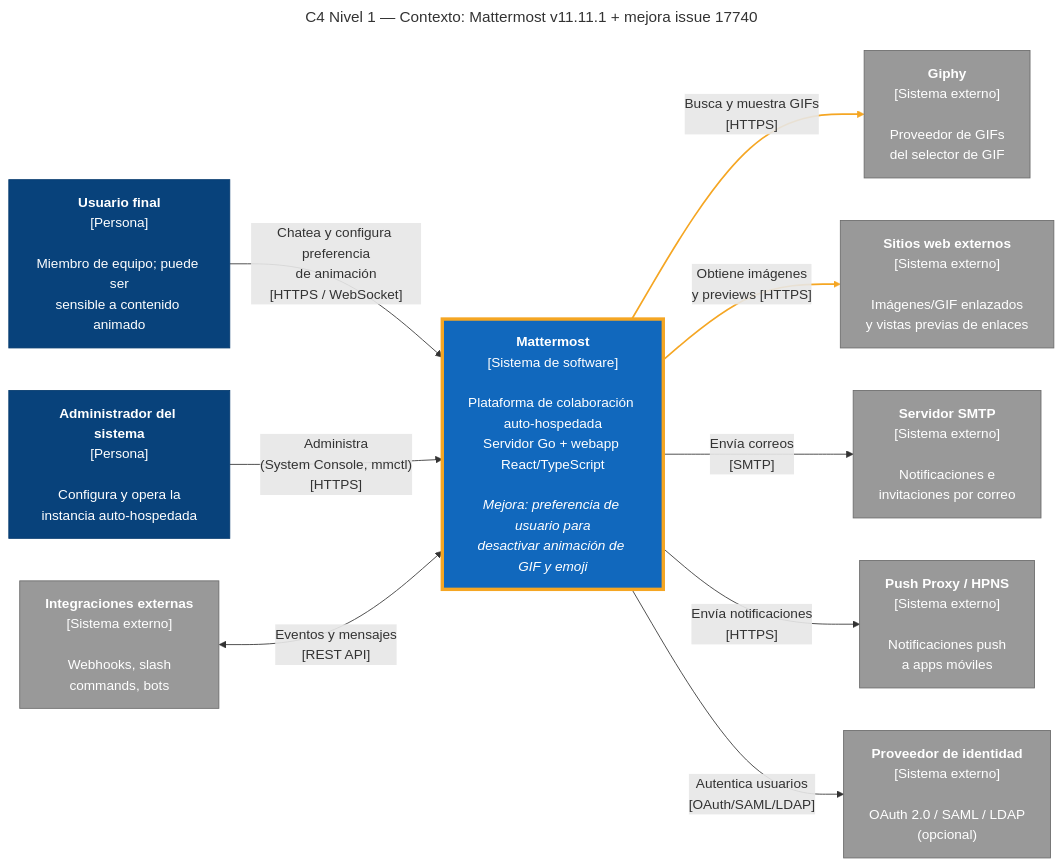
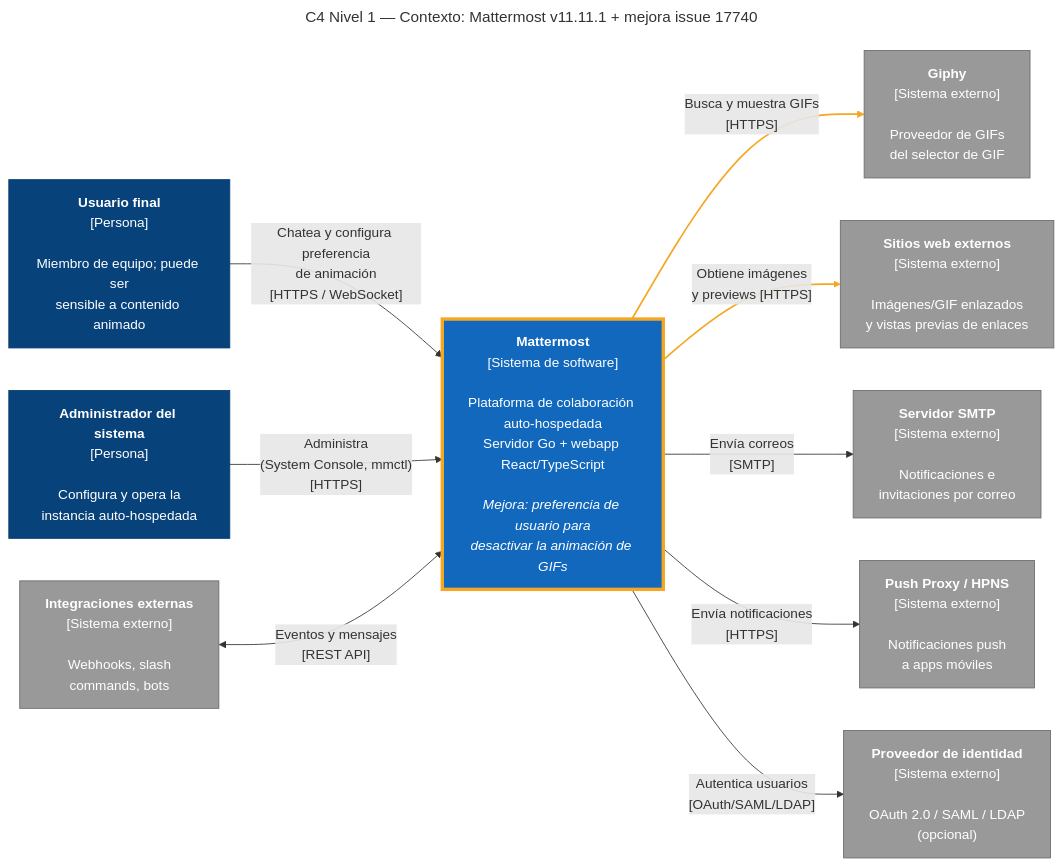
The diagram in docs/03-technical-spec/c4-contexto.mmd (amoramongeCenfo/PSWE-07_Procesos_Administracion), drawn with Mermaid before and after one commit. The commit also changed 10 other files, not shown here.

Commit message:
docs: C4 nivel 2 as code y alcance de la mejora limitado a GIFs (#40)

```diff
--- a/docs/03-technical-spec/c4-contexto.mmd
+++ b/docs/03-technical-spec/c4-contexto.mmd
@@ -1,33 +1,33 @@
 ---
 title: "C4 Nivel 1 — Contexto: Mattermost v11.11.1 + mejora issue 17740"
 ---
 flowchart LR
     usuario["<b>Usuario final</b><br/>[Persona]<br/><br/>Miembro de equipo; puede ser<br/>sensible a contenido animado"]
     admin["<b>Administrador del sistema</b><br/>[Persona]<br/><br/>Configura y opera la<br/>instancia auto-hospedada"]
 
-    mm["<b>Mattermost</b><br/>[Sistema de software]<br/><br/>Plataforma de colaboración auto-hospedada<br/>Servidor Go + webapp React/TypeScript<br/><br/><i>Mejora: preferencia de usuario para<br/>desactivar animación de GIF y emoji</i>"]
+    mm["<b>Mattermost</b><br/>[Sistema de software]<br/><br/>Plataforma de colaboración auto-hospedada<br/>Servidor Go + webapp React/TypeScript<br/><br/><i>Mejora: preferencia de usuario para<br/>desactivar la animación de GIFs</i>"]
 
     giphy["<b>Giphy</b><br/>[Sistema externo]<br/><br/>Proveedor de GIFs<br/>del selector de GIF"]
     web["<b>Sitios web externos</b><br/>[Sistema externo]<br/><br/>Imágenes/GIF enlazados<br/>y vistas previas de enlaces"]
     email["<b>Servidor SMTP</b><br/>[Sistema externo]<br/><br/>Notificaciones e<br/>invitaciones por correo"]
     push["<b>Push Proxy / HPNS</b><br/>[Sistema externo]<br/><br/>Notificaciones push<br/>a apps móviles"]
     idp["<b>Proveedor de identidad</b><br/>[Sistema externo]<br/><br/>OAuth 2.0 / SAML / LDAP<br/>(opcional)"]
     integ["<b>Integraciones externas</b><br/>[Sistema externo]<br/><br/>Webhooks, slash<br/>commands, bots"]
 
     usuario -- "Chatea y configura preferencia<br/>de animación<br/>[HTTPS / WebSocket]" --> mm
     admin -- "Administra<br/>(System Console, mmctl)<br/>[HTTPS]" --> mm
     mm -- "Busca y muestra GIFs<br/>[HTTPS]" --> giphy
     mm -- "Obtiene imágenes<br/>y previews [HTTPS]" --> web
     mm -- "Envía correos<br/>[SMTP]" --> email
     mm -- "Envía notificaciones<br/>[HTTPS]" --> push
     mm -- "Autentica usuarios<br/>[OAuth/SAML/LDAP]" --> idp
     integ <-- "Eventos y mensajes<br/>[REST API]" --> mm
 
     classDef person fill:#08427B,stroke:#073B6F,color:#fff
     classDef system fill:#1168BD,stroke:#0B4884,color:#fff
     classDef focus fill:#1168BD,stroke:#F5A623,stroke-width:4px,color:#fff
     classDef external fill:#999999,stroke:#6B6B6B,color:#fff
     class usuario,admin person
     class mm focus
     class giphy,web,email,push,idp,integ external
     linkStyle 2,3 stroke:#F5A623,stroke-width:2px
```
